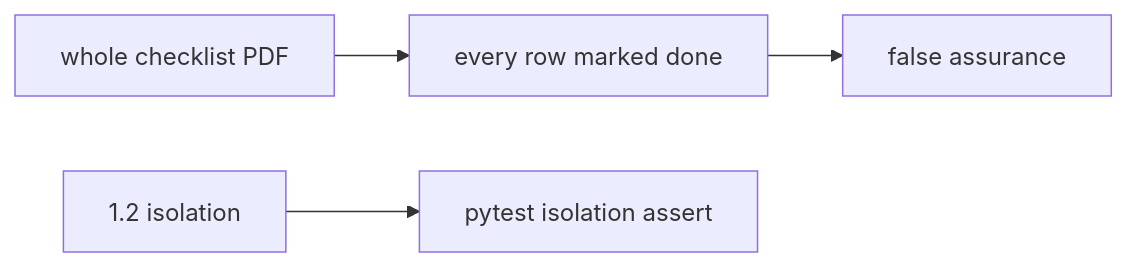
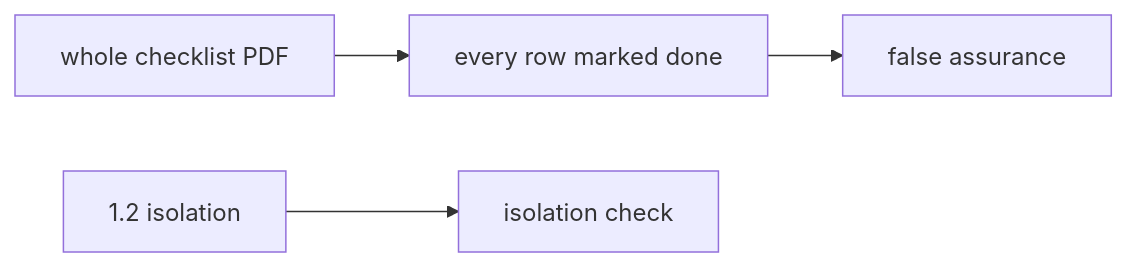
The second of 2 diagrams in content/modules/9/9.1/lessons/01-property.md (ishitvagoel/LearnSecurity), drawn with Mermaid before and after one commit. The commit also changed 230 other files, not shown here.

````diff
--- a/content/modules/9/9.1/lessons/01-property.md
+++ b/content/modules/9/9.1/lessons/01-property.md
@@ -29,6 +29,6 @@
 ```mermaid
 flowchart LR
   Pdf[whole checklist PDF] --> Paste[every row marked done]
-  Threat["1.2 isolation"] --> Test[pytest isolation assert]
+  Threat["1.2 isolation"] --> Test[isolation check]
   Paste --> False[false assurance]
 ```
````
